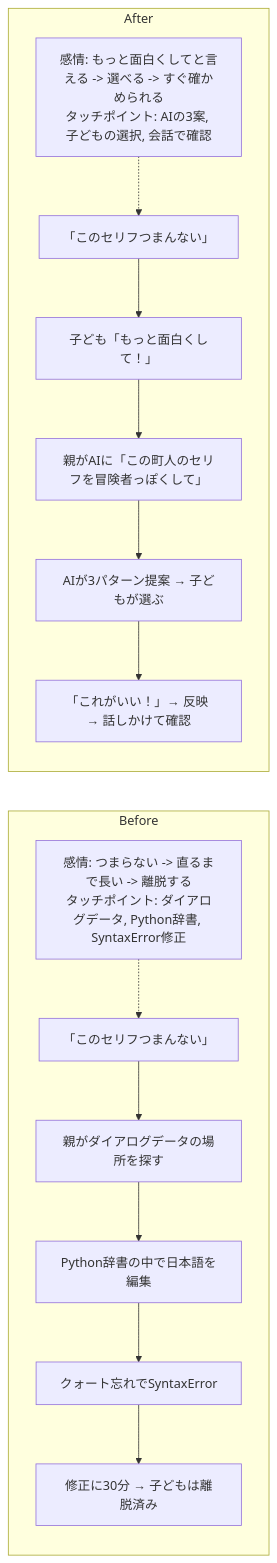
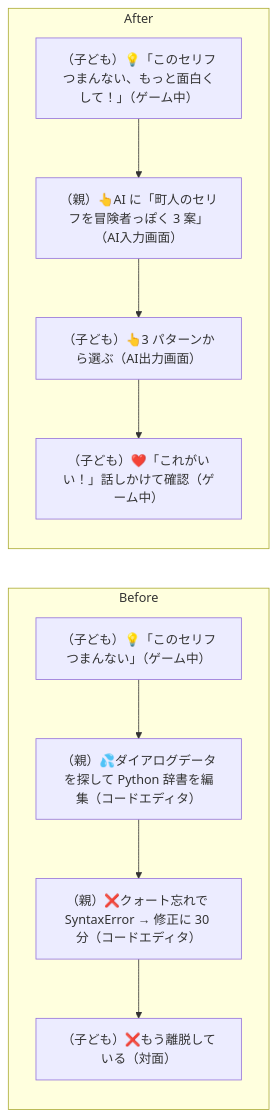
One commit to tatsuro-ueda/code-quest-pyxel changed diagram 11 of 42 in docs/customer-journeys.md. Above: the diagram before and after it, drawn with Mermaid. The commit also changed other lines of this file and 20 other files, not shown here.

````diff
--- a/docs/customer-journeys.md
+++ b/docs/customer-journeys.md
@@ -331,19 +314,15 @@
 ```mermaid
 flowchart LR
     subgraph Before["Before"]
-        BM["感情: つまらない -> 直るまで長い -> 離脱する<br/>タッチポイント: ダイアログデータ, Python辞書, SyntaxError修正"]
-        BM -.-> B1
-        B1[「このセリフつまんない」] --> B2[親がダイアログデータの場所を探す]
-        B2 --> B3[Python辞書の中で日本語を編集]
-        B3 --> B4[クォート忘れでSyntaxError]
-        B4 --> B5[修正に30分 → 子どもは離脱済み]
+        B1[（子ども）💡「このセリフつまんない」（ゲーム中）]
+        B1 --> B2[（親）💦ダイアログデータを探して Python 辞書を編集（コードエディタ）]
+        B2 --> B3[（親）❌クォート忘れで SyntaxError → 修正に 30 分（コードエディタ）]
+        B3 --> B4[（子ども）❌もう離脱している（対面）]
     end
     subgraph After["After"]
-        AM["感情: もっと面白くしてと言える -> 選べる -> すぐ確かめられる<br/>タッチポイント: AIの3案, 子どもの選択, 会話で確認"]
-        AM -.-> A1
-        A1[「このセリフつまんない」] --> A2[子ども「もっと面白くして！」]
-        A2 --> A3[親がAIに「この町人のセリフを冒険者っぽくして」]
-        A3 --> A4[AIが3パターン提案 → 子どもが選ぶ]
-        A4 --> A5[「これがいい！」→ 反映 → 話しかけて確認]
+        A1[（子ども）💡「このセリフつまんない、もっと面白くして！」（ゲーム中）]
+        A1 --> A2[（親）👆AI に「町人のセリフを冒険者っぽく 3 案」（AI入力画面）]
+        A2 --> A3[（子ども）👆3 パターンから選ぶ（AI出力画面）]
+        A3 --> A4[（子ども）❤️「これがいい！」話しかけて確認（ゲーム中）]
     end
 ```
````
